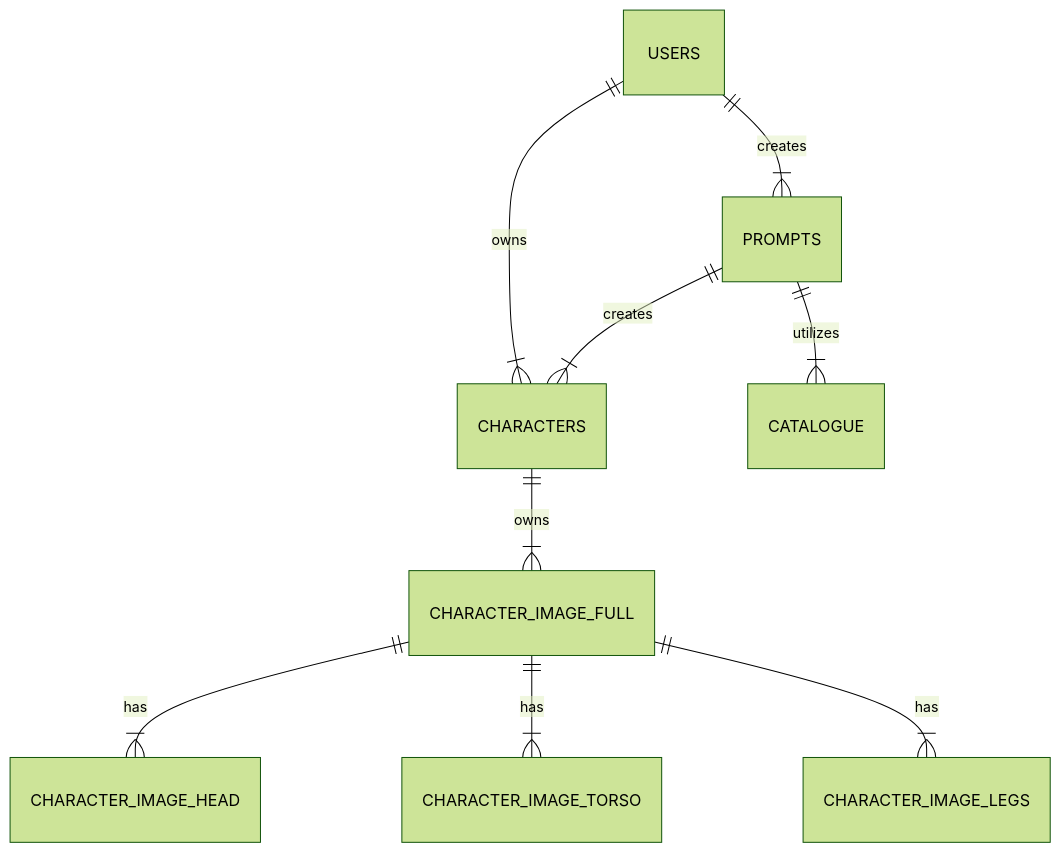
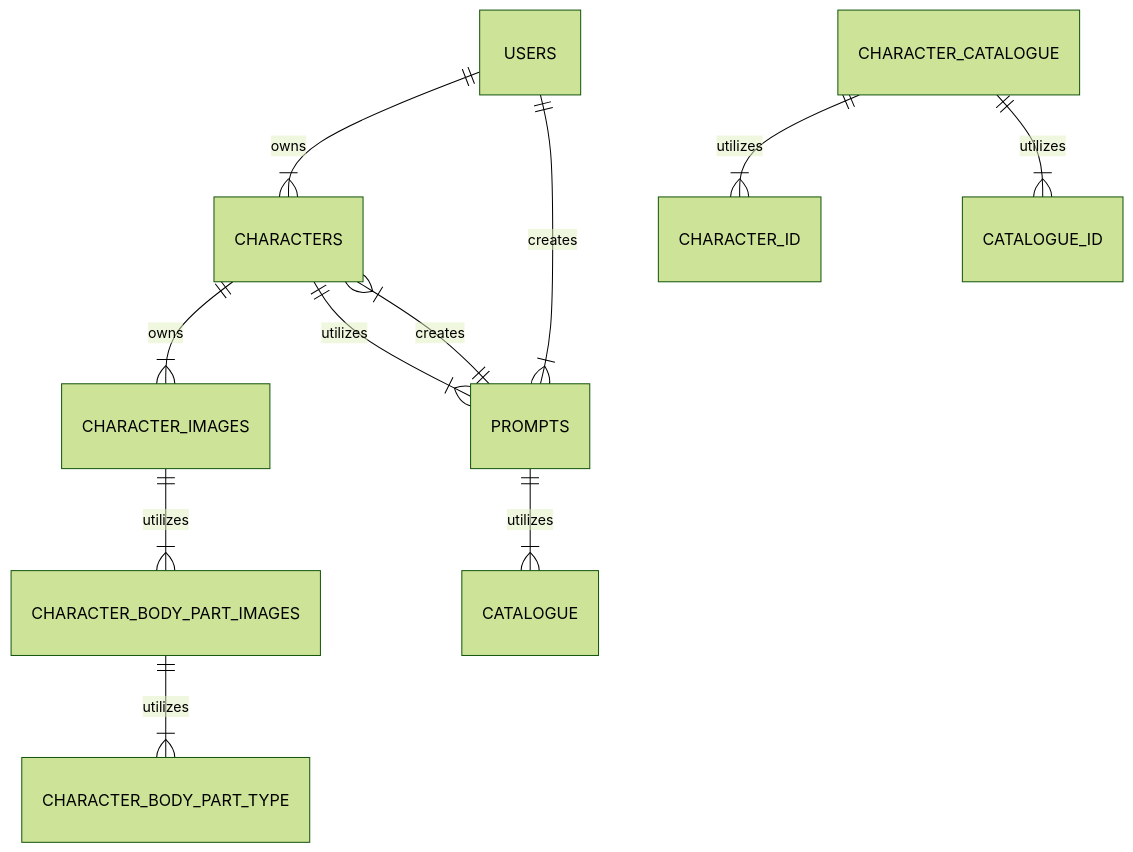
One commit to Wren00/create-an-orc changed the first of 2 diagrams in README.md. Above: the diagram before and after it, drawn with Mermaid (forest theme). The commit also changed other lines of this file, not shown here.

````diff
--- a/README.md
+++ b/README.md
@@ -49,11 +49,13 @@
 ```mermaid
 erDiagram
 USERS ||--|{ CHARACTERS : owns
 USERS ||--|{ PROMPTS : creates
-CHARACTERS ||--|{ CHARACTER_IMAGE_FULL : owns
-CHARACTER_IMAGE_FULL ||--|{ CHARACTER_IMAGE_HEAD : has
-CHARACTER_IMAGE_FULL ||--|{ CHARACTER_IMAGE_TORSO : has
-CHARACTER_IMAGE_FULL ||--|{ CHARACTER_IMAGE_LEGS : has
+CHARACTERS ||--|{ CHARACTER_IMAGES : owns
+CHARACTERS ||--|{ PROMPTS : utilizes
+CHARACTER_IMAGES ||--|{ CHARACTER_BODY_PART_IMAGES : utilizes
+CHARACTER_BODY_PART_IMAGES ||--|{ CHARACTER_BODY_PART_TYPE : utilizes
+CHARACTER_CATALOGUE ||--|{ CHARACTER_ID : utilizes
+CHARACTER_CATALOGUE ||--|{ CATALOGUE_ID : utilizes
 PROMPTS ||--|{ CATALOGUE : utilizes
 PROMPTS ||--|{ CHARACTERS : creates
 ```
````
